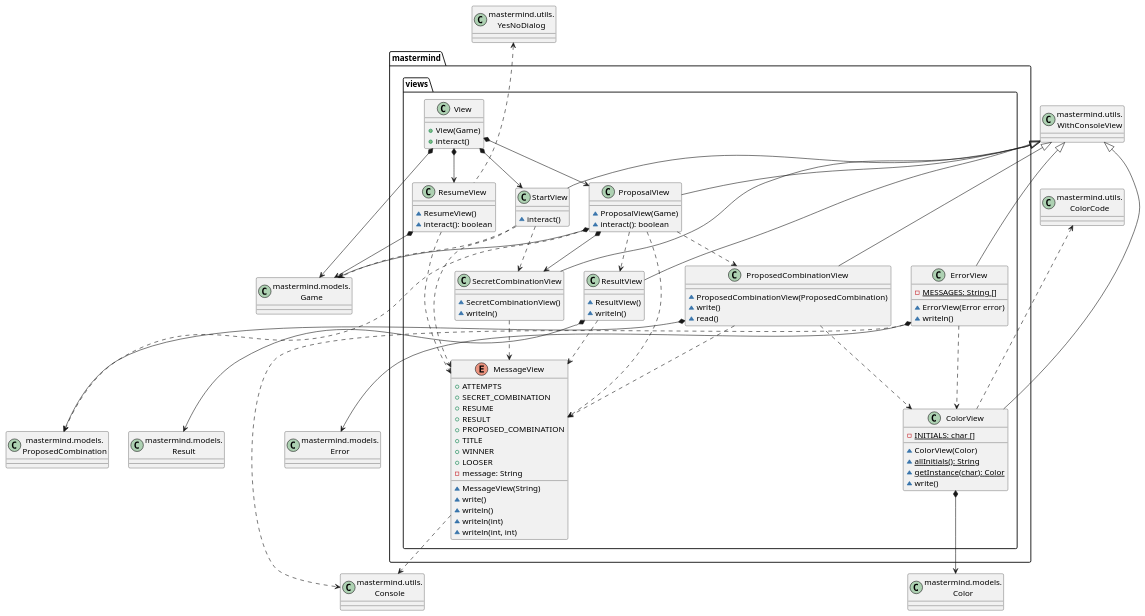
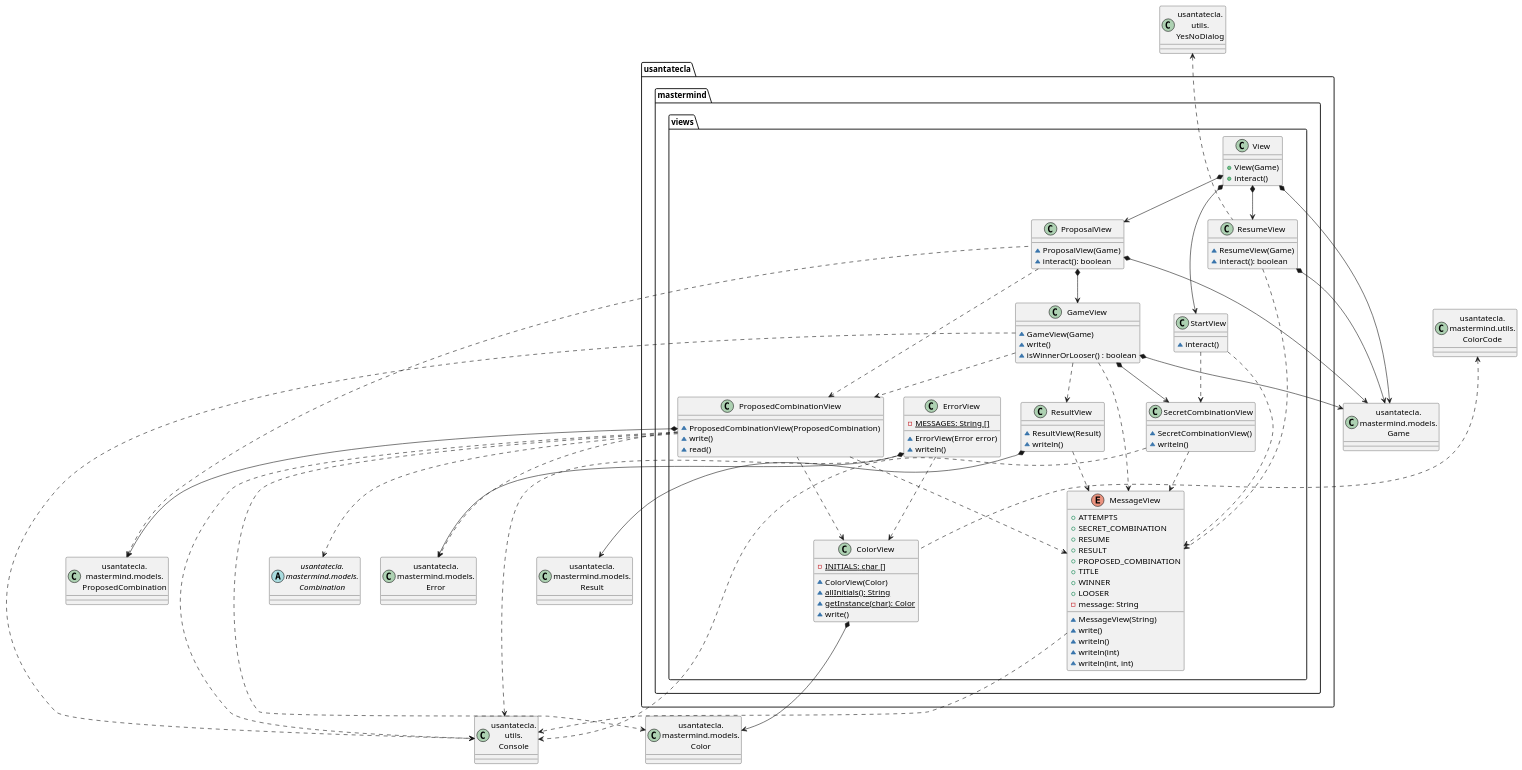
The second of 4 diagrams in documentView/console/docs/diagrams/src/paquetes.plantuml (SantaTecla-mastermind/solution.java.swing.socket.sql), drawn with PlantUML before and after one commit. The commit also changed other lines of this file and 13 other files, not shown here.

```diff
--- a/documentView/console/docs/diagrams/src/paquetes.plantuml
+++ b/documentView/console/docs/diagrams/src/paquetes.plantuml
@@ -15,113 +15,119 @@
-@startuml mastermind.views
-class ColorCode as "mastermind.utils.\nColorCode"{}
-class Error as "mastermind.models.\nError"{}
-class Color as "mastermind.models.\nColor"{}
-class ProposedCombination as "mastermind.models.\nProposedCombination"{}
-class WithConsoleView as "mastermind.utils.\nWithConsoleView"{}
-class Result as "mastermind.models.\nResult"{}
-class Game as "mastermind.models.\nGame"{}
-class YesNoDialog as "mastermind.utils.\nYesNoDialog"{}
-class Console as "mastermind.utils.\nConsole"{}
+@startuml usantatecla.mastermind.views
+class ColorCode as "usantatecla.\nmastermind.utils.\nColorCode"
+class Error as "usantatecla.\nmastermind.models.\nError"
+class Color as "usantatecla.\nmastermind.models.\nColor"
+abstract class Combination as "usantatecla.\nmastermind.models.\nCombination"
+class ProposedCombination as "usantatecla.\nmastermind.models.\nProposedCombination"
+class Result as "usantatecla.\nmastermind.models.\nResult"
+class Game as "usantatecla.\nmastermind.models.\nGame"
+class YesNoDialog as "usantatecla.\nutils.\nYesNoDialog"
+class Console as "usantatecla.\nutils.\nConsole"
 
-class mastermind.views.ColorView{
-- {static} INITIALS: char []
-~ ColorView(Color)
-~ {static} allInitials(): String
-~ {static} getInstance(char): Color
-~ write()
+class usantatecla.mastermind.views.ColorView{
+    - {static} INITIALS: char []
+    ~ ColorView(Color)
+    ~ {static} allInitials(): String
+    ~ {static} getInstance(char): Color
+    ~ write()
 }
-ColorCode <..down- mastermind.views.ColorView
-mastermind.views.ColorView *-down-> Color
-WithConsoleView <|-down- mastermind.views.ColorView
+usantatecla.mastermind.views.ColorView -up..> ColorCode
+usantatecla.mastermind.views.ColorView *-down-> Color
 
-class mastermind.views.ErrorView{
-- {static} MESSAGES: String []
-~ ErrorView(Error error)
-~ writeln()
+class usantatecla.mastermind.views.ErrorView{
+    - {static} MESSAGES: String []
+    ~ ErrorView(Error error)
+    ~ writeln()
 }
-mastermind.views.ErrorView *-down-> Error
-mastermind.views.ErrorView ..> mastermind.views.ColorView
-mastermind.views.ErrorView ..> Console
-WithConsoleView <|-down- mastermind.views.ErrorView
+usantatecla.mastermind.views.ErrorView *-down-> Error
+usantatecla.mastermind.views.ErrorView ..> usantatecla.mastermind.views.ColorView
+usantatecla.mastermind.views.ErrorView ..> Console
 
-enum mastermind.views.MessageView{
-+ ATTEMPTS
-+ SECRET_COMBINATION
-+ RESUME
-+ RESULT
-+ PROPOSED_COMBINATION
-+ TITLE
-+ WINNER
-+ LOOSER
-- message: String
-~ MessageView(String)
-~ write()
-~ writeln()
-~ writeln(int)
-~ writeln(int, int)
+class usantatecla.mastermind.views.GameView {
+    ~ GameView(Game)
+    ~ write()
+    ~ isWinnerOrLooser() : boolean
 }
+usantatecla.mastermind.views.GameView *-down-> Game
+usantatecla.mastermind.views.GameView *-down-> usantatecla.mastermind.views.SecretCombinationView
+usantatecla.mastermind.views.GameView ..> usantatecla.mastermind.views.MessageView
+usantatecla.mastermind.views.GameView ..> usantatecla.mastermind.views.ProposedCombinationView
+usantatecla.mastermind.views.GameView ..> usantatecla.mastermind.views.ResultView
+usantatecla.mastermind.views.GameView ..> Console
 
-mastermind.views.MessageView ..> Console
+enum usantatecla.mastermind.views.MessageView{
+    + ATTEMPTS
+    + SECRET_COMBINATION
+    + RESUME
+    + RESULT
+    + PROPOSED_COMBINATION
+    + TITLE
+    + WINNER
+    + LOOSER
+    - message: String
+    ~ MessageView(String)
+    ~ write()
+    ~ writeln()
+    ~ writeln(int)
+    ~ writeln(int, int)
+}
+usantatecla.mastermind.views.MessageView ..> Console
 
-class mastermind.views.ProposalView {
-~ ProposalView(Game)
-~ interact(): boolean
+class usantatecla.mastermind.views.ProposalView {
+    ~ ProposalView(Game)
+    ~ interact(): boolean
 }
-ProposedCombination <..down- mastermind.views.ProposalView
-WithConsoleView <|-down- mastermind.views.ProposalView
-mastermind.views.ProposalView *-down-> Game
-mastermind.views.ProposalView ..> mastermind.views.MessageView
-mastermind.views.ProposalView *-down-> mastermind.views.SecretCombinationView
-mastermind.views.ProposalView ..> mastermind.views.ProposedCombinationView
-mastermind.views.ProposalView ..> mastermind.views.ResultView
+usantatecla.mastermind.views.ProposalView *-down-> Game
+usantatecla.mastermind.views.ProposalView *-down-> usantatecla.mastermind.views.GameView
+usantatecla.mastermind.views.ProposalView -up..> ProposedCombination
+usantatecla.mastermind.views.ProposalView ..> usantatecla.mastermind.views.ProposedCombinationView
 
-class mastermind.views.ProposedCombinationView{
-~ ProposedCombinationView(ProposedCombination)
-~ write()
-~ read()
+class usantatecla.mastermind.views.ProposedCombinationView {
+    ~ ProposedCombinationView(ProposedCombination)
+    ~ write()
+    ~ read()
 }
-WithConsoleView <|-down- mastermind.views.ProposedCombinationView
-mastermind.views.ProposedCombinationView ..> mastermind.views.MessageView
-mastermind.views.ProposedCombinationView *-down-> ProposedCombination
-mastermind.views.ProposedCombinationView ..> mastermind.views.ColorView
+usantatecla.mastermind.views.ProposedCombinationView *-down-> ProposedCombination
+usantatecla.mastermind.views.ProposedCombinationView ..> usantatecla.mastermind.views.MessageView
+usantatecla.mastermind.views.ProposedCombinationView ..> usantatecla.mastermind.views.ColorView
+usantatecla.mastermind.views.ProposedCombinationView ..> Combination
+usantatecla.mastermind.views.ProposedCombinationView ..> Error
+usantatecla.mastermind.views.ProposedCombinationView ..> Color
+usantatecla.mastermind.views.ProposedCombinationView ..> Console
 
-class mastermind.views.ResultView {
-~ ResultView()
-~ writeln()
+class usantatecla.mastermind.views.ResultView {
+    ~ ResultView(Result)
+    ~ writeln()
 }
-WithConsoleView <|-down- mastermind.views.ResultView
-mastermind.views.ResultView *-down-> Result
-mastermind.views.ResultView..> mastermind.views.MessageView
+usantatecla.mastermind.views.ResultView *-down-> Result
+usantatecla.mastermind.views.ResultView ..> usantatecla.mastermind.views.MessageView
 
-class mastermind.views.ResumeView {
-~ ResumeView()
-~ interact(): boolean
+class usantatecla.mastermind.views.ResumeView {
+    ~ ResumeView(Game)
+    ~ interact(): boolean
 }
-mastermind.views.ResumeView *-down-> Game
-YesNoDialog <..down- mastermind.views.ResumeView
-mastermind.views.ResumeView..> mastermind.views.MessageView
+usantatecla.mastermind.views.ResumeView *-down-> Game
+usantatecla.mastermind.views.ResumeView -up..> YesNoDialog
+usantatecla.mastermind.views.ResumeView ..> usantatecla.mastermind.views.MessageView
 
-class mastermind.views.SecretCombinationView {
-~ SecretCombinationView()
-~ writeln()
+class usantatecla.mastermind.views.SecretCombinationView {
+    ~ SecretCombinationView()
+    ~ writeln()
 }
-WithConsoleView <|-down- mastermind.views.SecretCombinationView
-mastermind.views.SecretCombinationView..> mastermind.views.MessageView
+usantatecla.mastermind.views.SecretCombinationView ..> usantatecla.mastermind.views.MessageView
+usantatecla.mastermind.views.SecretCombinationView ..> Console
 
-class mastermind.views.StartView {
-~ interact()
+class usantatecla.mastermind.views.StartView {
+    ~ interact()
 }
-WithConsoleView <|-down- mastermind.views.StartView
-mastermind.views.StartView ..> Game
-mastermind.views.StartView..> mastermind.views.MessageView
-mastermind.views.StartView..> mastermind.views.SecretCombinationView
+usantatecla.mastermind.views.StartView..> usantatecla.mastermind.views.MessageView
+usantatecla.mastermind.views.StartView..> usantatecla.mastermind.views.SecretCombinationView
 
-class mastermind.views.View {
-+ View(Game)
-+ interact()
+class usantatecla.mastermind.views.View {
+    + View(Game)
+    + interact()
 }
-mastermind.views.View *-down-> mastermind.views.ProposalView
-mastermind.views.View *-down-> mastermind.views.StartView
-mastermind.views.View *-down-> Game
-mastermind.views.View *-down-> mastermind.views.ResumeView
+usantatecla.mastermind.views.View *-down-> usantatecla.mastermind.views.ProposalView
+usantatecla.mastermind.views.View *-down-> usantatecla.mastermind.views.StartView
+usantatecla.mastermind.views.View *-down-> Game
+usantatecla.mastermind.views.View *-down-> usantatecla.mastermind.views.ResumeView
 @enduml
```
